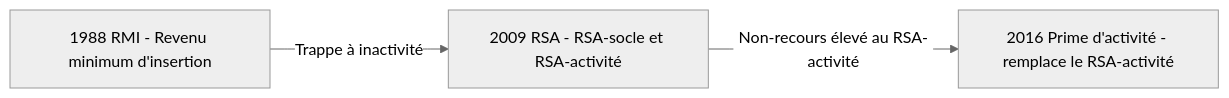
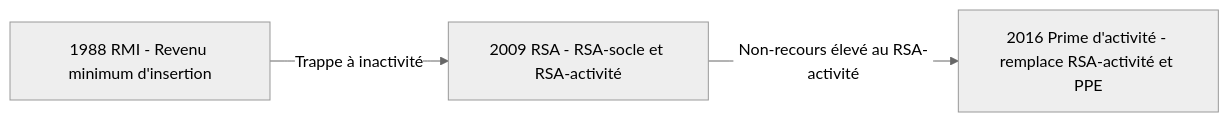
Before and after one commit to PierreBeaucoral/macro1-aes: the third of 3 diagrams in cours/chap3.qmd, drawn with Mermaid (neutral theme). The commit also changed other lines of this file and 48 other files, not shown here.

````diff
--- a/cours/chap3.qmd
+++ b/cours/chap3.qmd
@@ -426,7 +433,7 @@
 ```{mermaid}
 %%| label: fig-sequence-rsa
 %%| fig-cap: "La trajectoire RMI → RSA → prime d'activité vise à réduire les effets de trappe à inactivité et le non-recours aux prestations."
 flowchart LR
   RMI["1988 RMI - Revenu minimum d'insertion"] -->|Trappe à inactivité| RSA["2009 RSA - RSA-socle et RSA-activité"]
-  RSA -->|Non-recours élevé au RSA-activité| PA["2016 Prime d'activité - remplace le RSA-activité"]
+  RSA -->|Non-recours élevé au RSA-activité| PA["2016 Prime d'activité - remplace RSA-activité et PPE"]
 ```
````
